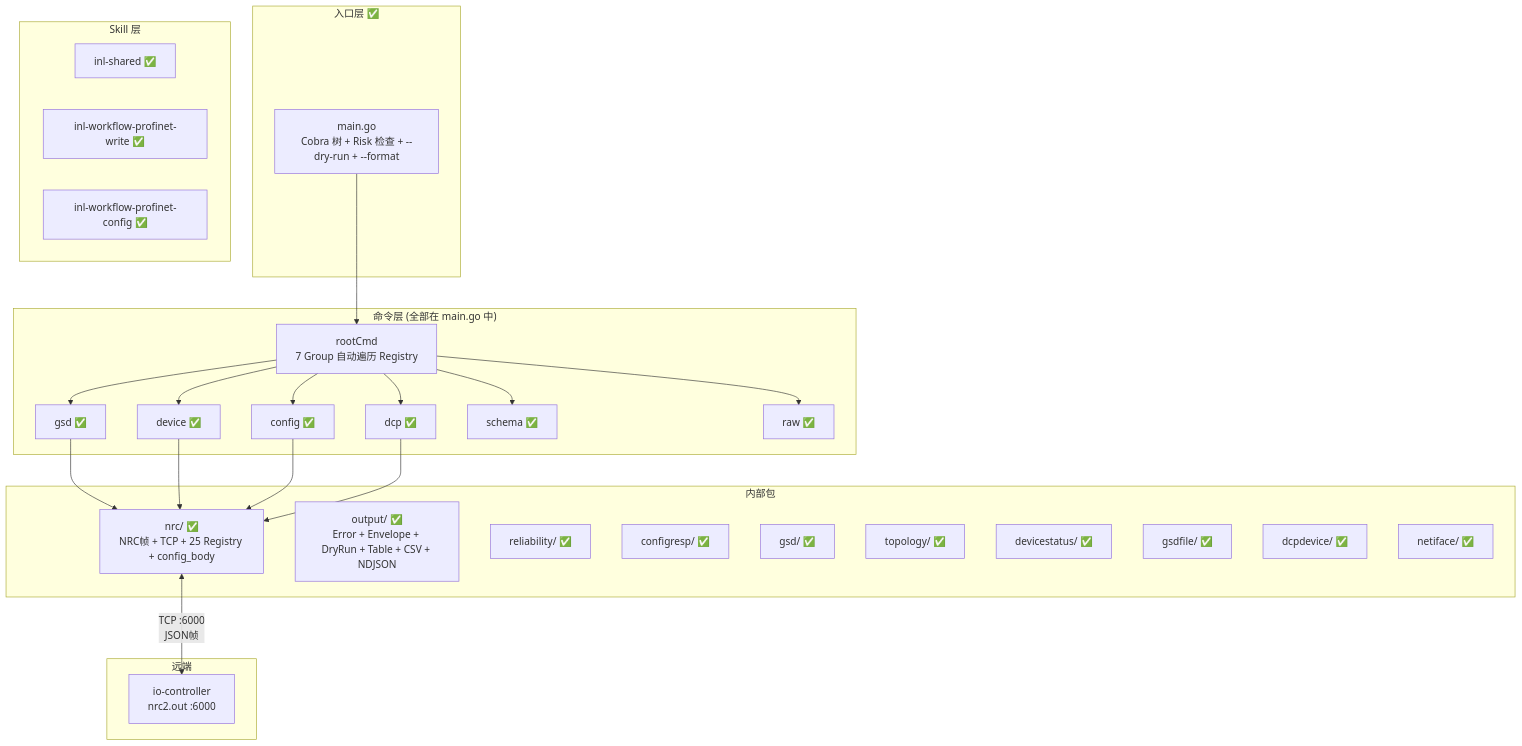
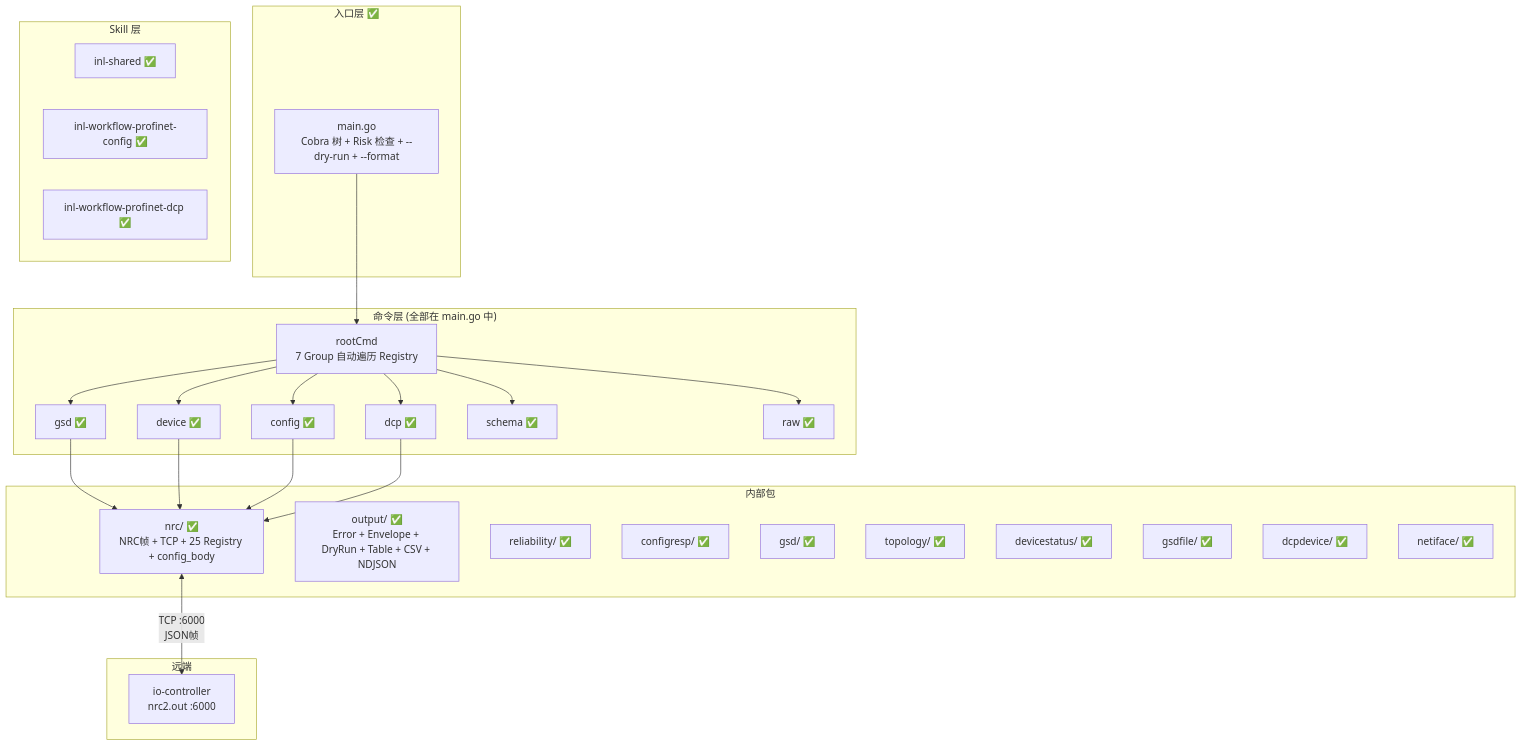
One commit to hqy2435662352/inl changed the first of 4 diagrams in docs/inl-architecture.md. Above: the diagram before and after it, drawn with Mermaid. The commit also changed other lines of this file and 9 other files, not shown here.

First line of the commit message:
skills: 裁剪 inl-workflow-profinet-write，新增 inl-workflow-profinet-dcp

````diff
--- a/docs/inl-architecture.md
+++ b/docs/inl-architecture.md
@@ -98,44 +98,44 @@
 ```mermaid
 flowchart TB
     subgraph Entry["入口层 ✅"]
         MAIN[main.go<br/>Cobra 树 + Risk 检查 + --dry-run + --format]
     end
 
     subgraph CMD["命令层 (全部在 main.go 中)"]
         ROOT[rootCmd<br/>7 Group 自动遍历 Registry]
         GSDCMD[gsd ✅]
         DEVCMD[device ✅]
         CFGCMD[config ✅]
         DCPCMD[dcp ✅]
         SCHCMD[schema ✅]
         RAWCMD[raw ✅]
     end
 
     subgraph Internal["内部包"]
         NRC[nrc/ ✅<br/>NRC帧 + TCP + 25 Registry + config_body]
         OUT[output/ ✅<br/>Error + Envelope + DryRun + Table + CSV + NDJSON]
         REL[reliability/ ✅]
         CRESP[configresp/ ✅]
         GSDT[gsd/ ✅]
         TOPOT[topology/ ✅]
         DEVS[devicestatus/ ✅]
         GSDF[gsdfile/ ✅]
         DCPD[dcpdevice/ ✅]
         NETIF[netiface/ ✅]
     end
 
     subgraph Skills["Skill 层"]
         S_SH[inl-shared ✅]
-        S_WW[inl-workflow-profinet-write ✅]
         S_CFG[inl-workflow-profinet-config ✅]
+        S_DCP[inl-workflow-profinet-dcp ✅]
     end
 
     subgraph Remote["远端"]
         IOCTL[io-controller<br/>nrc2.out :6000]
     end
 
     MAIN --> ROOT
     ROOT --> GSDCMD & DEVCMD & CFGCMD & DCPCMD & SCHCMD & RAWCMD
     GSDCMD & DEVCMD & CFGCMD & DCPCMD --> NRC
     NRC <-->|"TCP :6000<br/>JSON帧"| IOCTL
 ```
````
